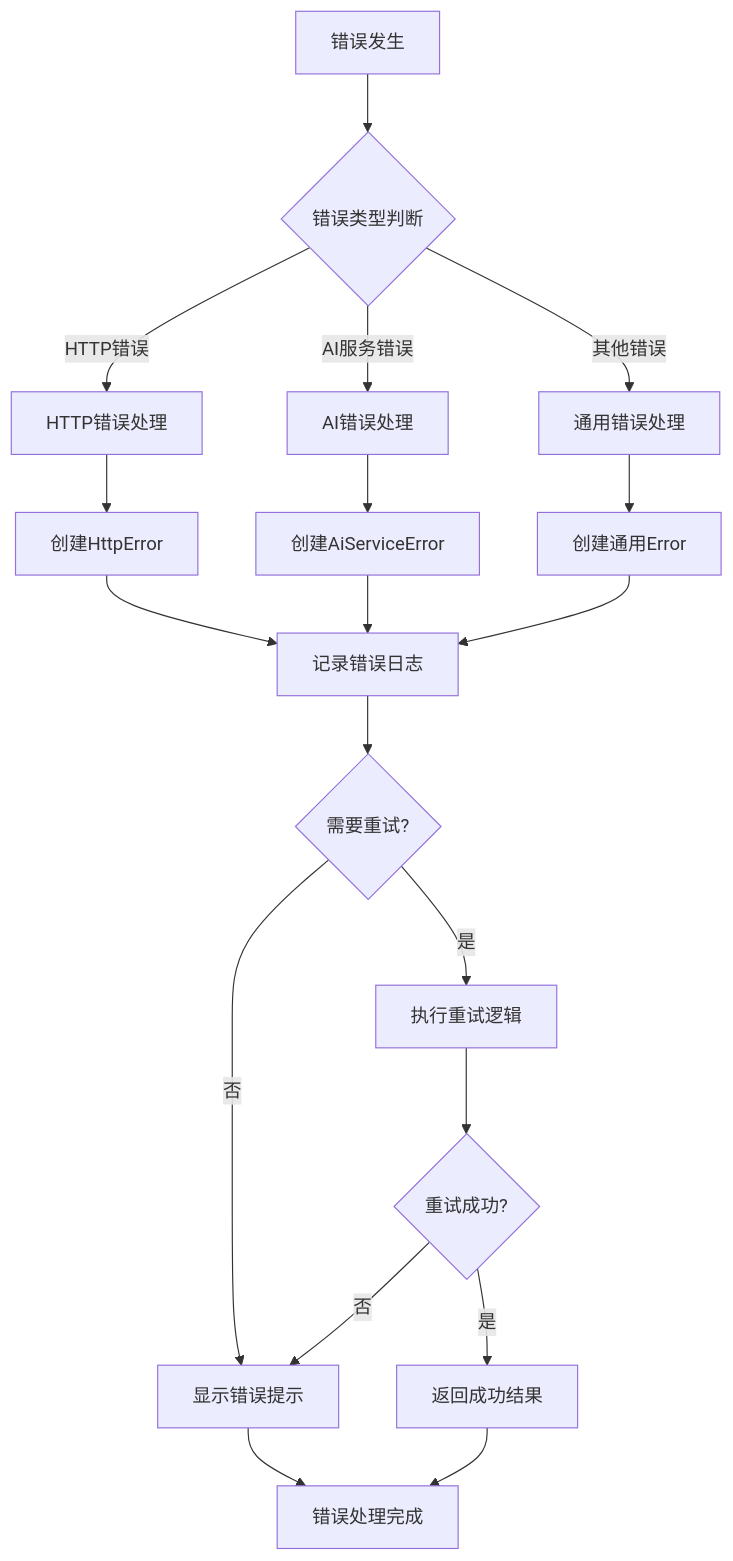
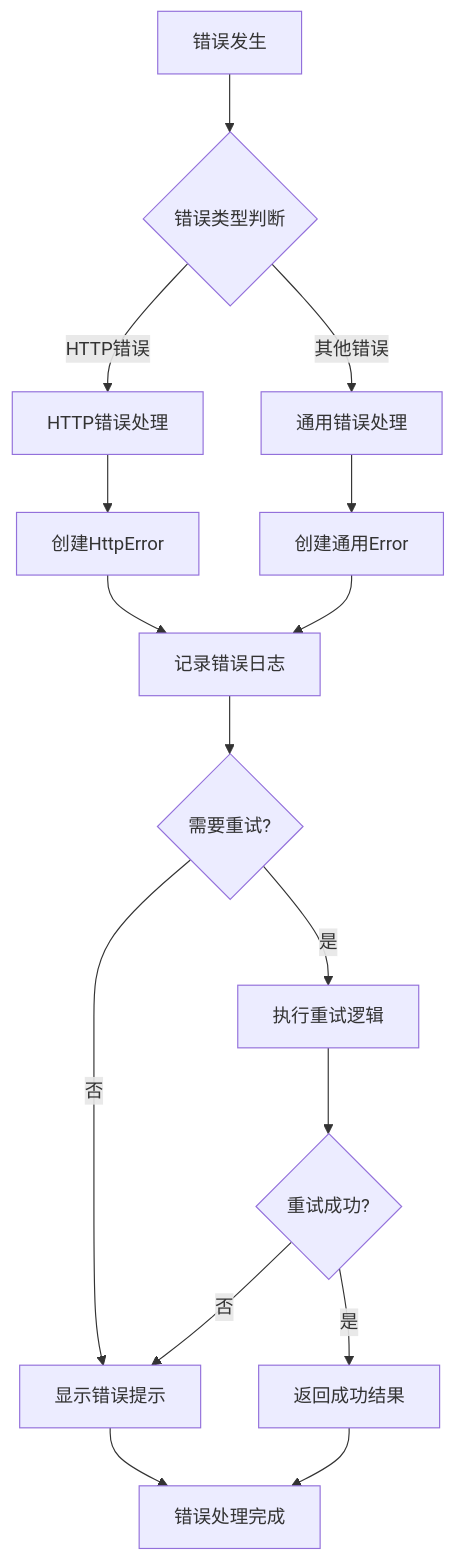
The fourth of 5 diagrams in 系统架构与文件结构详解.md (gastby-ghost/renews_frontend), drawn with Mermaid before and after one commit. The commit also changed other lines of this file and 6 other files, not shown here.

````diff
--- a/系统架构与文件结构详解.md
+++ b/系统架构与文件结构详解.md
@@ -1208,27 +1139,24 @@
 ```mermaid
 flowchart TD
     A[错误发生] --> B{错误类型判断}
 
     B -->|HTTP错误| C[HTTP错误处理]
-    B -->|AI服务错误| D[AI错误处理]
-    B -->|其他错误| E[通用错误处理]
+    B -->|其他错误| D[通用错误处理]
 
-    C --> F[创建HttpError]
-    D --> G[创建AiServiceError]
-    E --> H[创建通用Error]
+    C --> E[创建HttpError]
+    D --> F[创建通用Error]
 
-    F --> I[记录错误日志]
-    G --> I
-    H --> I
+    E --> G[记录错误日志]
+    F --> G
 
-    I --> J{需要重试?}
-    J -->|是| K[执行重试逻辑]
-    J -->|否| L[显示错误提示]
+    G --> H{需要重试?}
+    H -->|是| I[执行重试逻辑]
+    H -->|否| J[显示错误提示]
 
-    K --> M{重试成功?}
-    M -->|是| N[返回成功结果]
-    M -->|否| L
+    I --> K{重试成功?}
+    K -->|是| L[返回成功结果]
+    K -->|否| J
 
-    L --> O[错误处理完成]
-    N --> O
+    J --> M[错误处理完成]
+    L --> M
 ```
````
